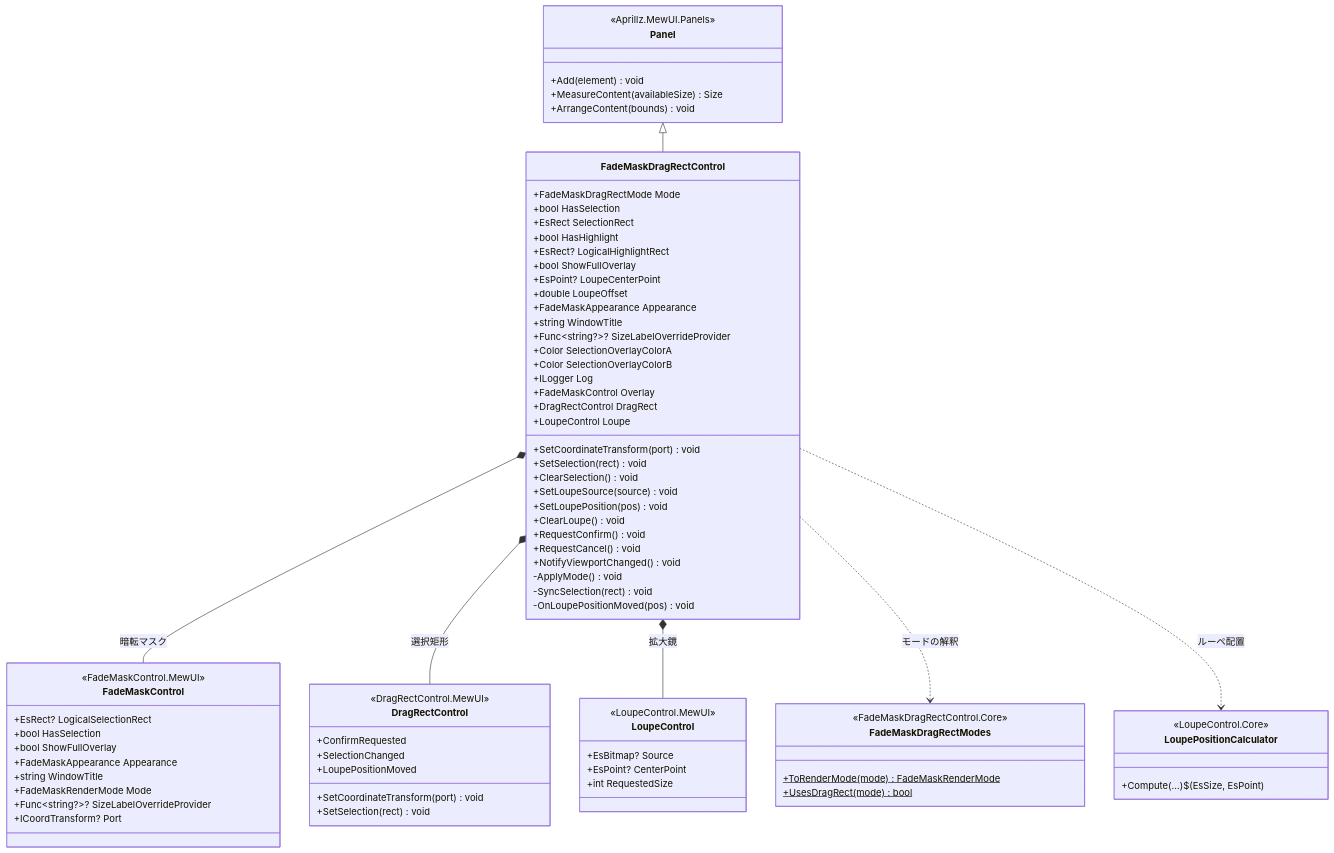
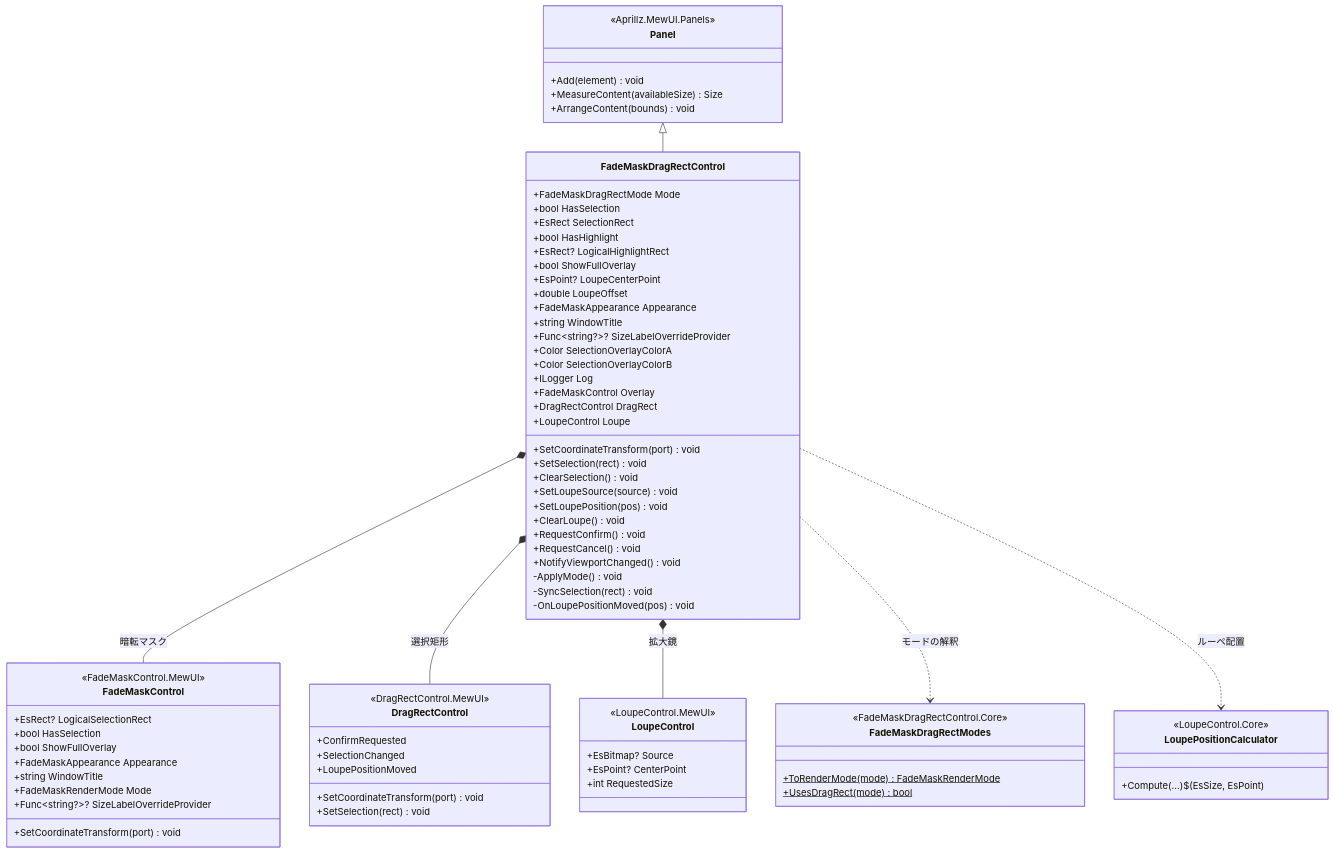
One commit to tomokuni/SaveEvidence changed the first of 4 diagrams in src/FadeMaskDragRectControl.MewUI/SPEC_System.md. Above: the diagram before and after it, drawn with Mermaid. The commit also changed other lines of this file and 34 other files, not shown here.

````diff
--- a/src/FadeMaskDragRectControl.MewUI/SPEC_System.md
+++ b/src/FadeMaskDragRectControl.MewUI/SPEC_System.md
@@ -95,81 +95,81 @@
 ```mermaid
 classDiagram
     class Panel {
         <<Aprillz.MewUI.Panels>>
         +Add(element) void
         +MeasureContent(availableSize) Size
         +ArrangeContent(bounds) void
     }
     class FadeMaskDragRectControl {
         +FadeMaskDragRectMode Mode
         +bool HasSelection
         +EsRect SelectionRect
         +bool HasHighlight
         +EsRect? LogicalHighlightRect
         +bool ShowFullOverlay
         +EsPoint? LoupeCenterPoint
         +double LoupeOffset
         +FadeMaskAppearance Appearance
         +string WindowTitle
         +Func~string?~? SizeLabelOverrideProvider
         +Color SelectionOverlayColorA
         +Color SelectionOverlayColorB
         +ILogger Log
         +FadeMaskControl Overlay
         +DragRectControl DragRect
         +LoupeControl Loupe
         +SetCoordinateTransform(port) void
         +SetSelection(rect) void
         +ClearSelection() void
         +SetLoupeSource(source) void
         +SetLoupePosition(pos) void
         +ClearLoupe() void
         +RequestConfirm() void
         +RequestCancel() void
         +NotifyViewportChanged() void
         -ApplyMode() void
         -SyncSelection(rect) void
         -OnLoupePositionMoved(pos) void
     }
     class FadeMaskControl {
         <<FadeMaskControl.MewUI>>
         +EsRect? LogicalSelectionRect
         +bool HasSelection
         +bool ShowFullOverlay
         +FadeMaskAppearance Appearance
         +string WindowTitle
         +FadeMaskRenderMode Mode
         +Func~string?~? SizeLabelOverrideProvider
-        +ICoordTransform? Port
+        +SetCoordinateTransform(port) void
     }
     class DragRectControl {
         <<DragRectControl.MewUI>>
         +SetCoordinateTransform(port) void
         +SetSelection(rect) void
         +ConfirmRequested
         +SelectionChanged
         +LoupePositionMoved
     }
     class LoupeControl {
         <<LoupeControl.MewUI>>
         +EsBitmap? Source
         +EsPoint? CenterPoint
         +int RequestedSize
     }
     class FadeMaskDragRectModes {
         <<FadeMaskDragRectControl.Core>>
         +ToRenderMode(mode)$ FadeMaskRenderMode
         +UsesDragRect(mode)$ bool
     }
     class LoupePositionCalculator {
         <<LoupeControl.Core>>
         +Compute(...)$ (EsSize, EsPoint)
     }
 
     Panel <|-- FadeMaskDragRectControl
     FadeMaskDragRectControl *-- FadeMaskControl : 暗転マスク
     FadeMaskDragRectControl *-- DragRectControl : 選択矩形
     FadeMaskDragRectControl *-- LoupeControl : 拡大鏡
     FadeMaskDragRectControl ..> FadeMaskDragRectModes : モードの解釈
     FadeMaskDragRectControl ..> LoupePositionCalculator : ルーペ配置
 ```
````
